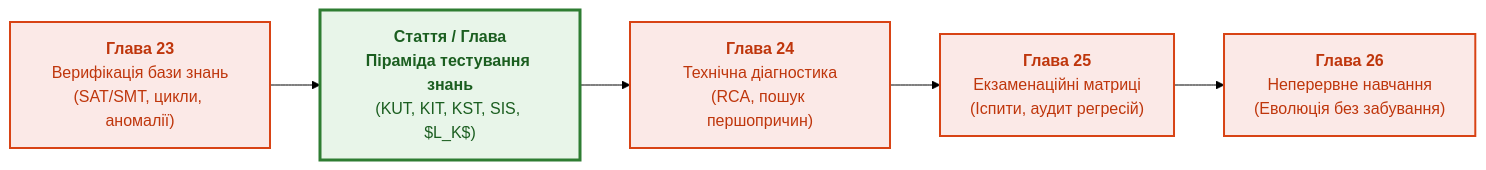
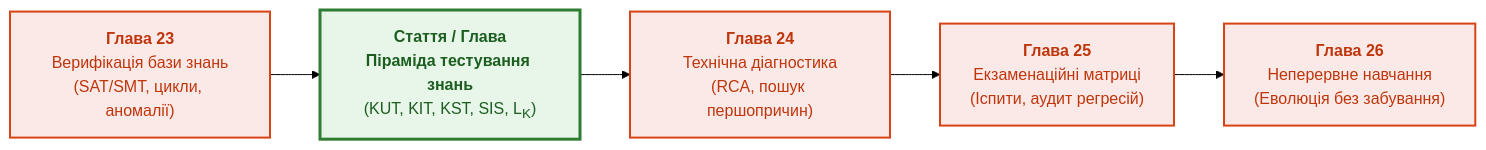
The third of 3 diagrams in ExpertSystem/article-knowledge-unit-testing-and-complex-verification.md (nick-fedchik/articles), drawn with Mermaid (forest theme) before and after one commit. The commit also changed other lines of this file and 10 other files, not shown here.

Commit message:
ExpertSystem: fix math formulas and rendering (ch19 lost backslash, ch35 entropy balance and bold xi, upright multi-letter identifiers, table pipe and Mermaid math in knowledge-unit-testing article)

````diff
--- a/ExpertSystem/article-knowledge-unit-testing-and-complex-verification.md
+++ b/ExpertSystem/article-knowledge-unit-testing-and-complex-verification.md
@@ -431,13 +431,13 @@
 ```mermaid
 flowchart LR
-    CH23["<b>Глава 23</b><br/>Верифікація бази знань<br/>(SAT/SMT, цикли, аномалії)"] --> ART["<b>Стаття / Глава</b><br/><b>Піраміда тестування знань</b><br/>(KUT, KIT, KST, SIS, $L_K$)"]
+    CH23["<b>Глава 23</b><br/>Верифікація бази знань<br/>(SAT/SMT, цикли, аномалії)"] --> ART["<b>Стаття / Глава</b><br/><b>Піраміда тестування знань</b><br/>(KUT, KIT, KST, SIS, L<sub>K</sub>)"]
     ART --> CH24["<b>Глава 24</b><br/>Технічна діагностика<br/>(RCA, пошук першопричин)"]
     CH24 --> CH25["<b>Глава 25</b><br/>Екзаменаційні матриці<br/>(Іспити, аудит регресій)"]
     CH25 --> CH26["<b>Глава 26</b><br/>Неперервне навчання<br/>(Еволюція без забування)"]
 
     classDef ch fill:#fbe9e7,stroke:#d84315,stroke-width:2px,color:#bf360c;
     classDef art fill:#e8f5e9,stroke:#2e7d32,stroke-width:3px,color:#1b5e20;
 
     class CH23,CH24,CH25,CH26 ch;
     class ART art;
 ```
````
